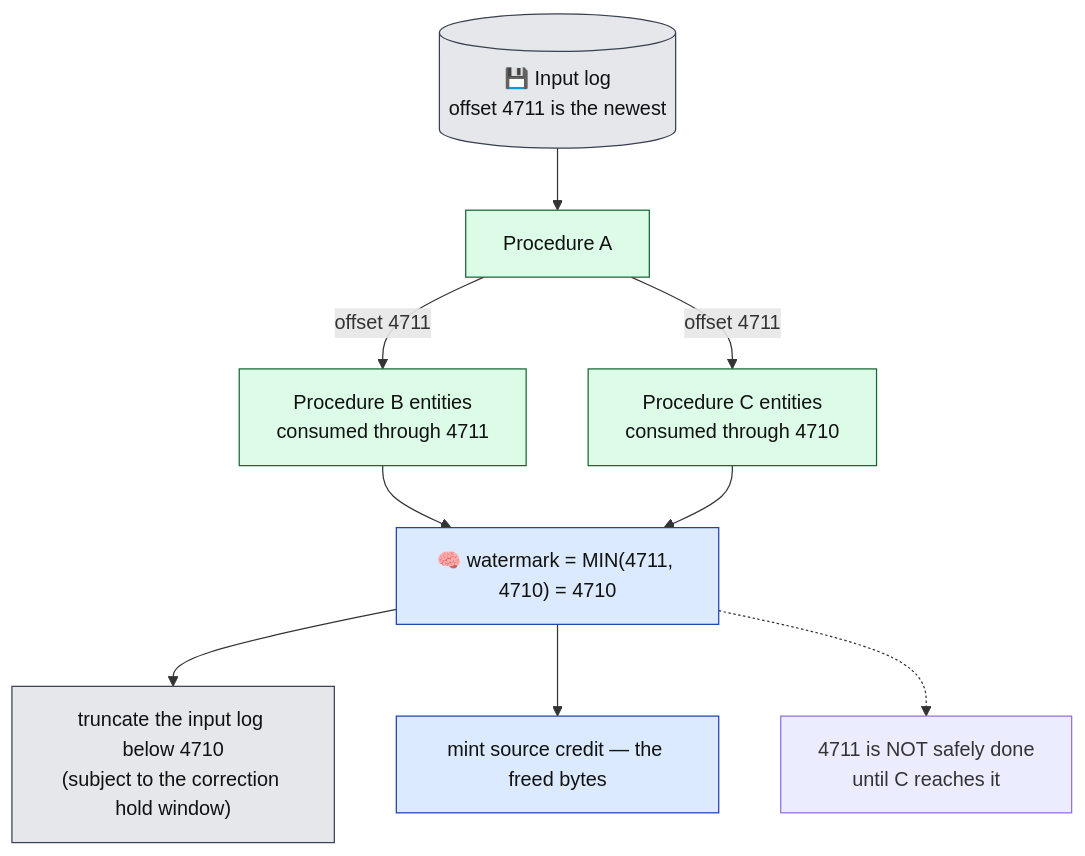
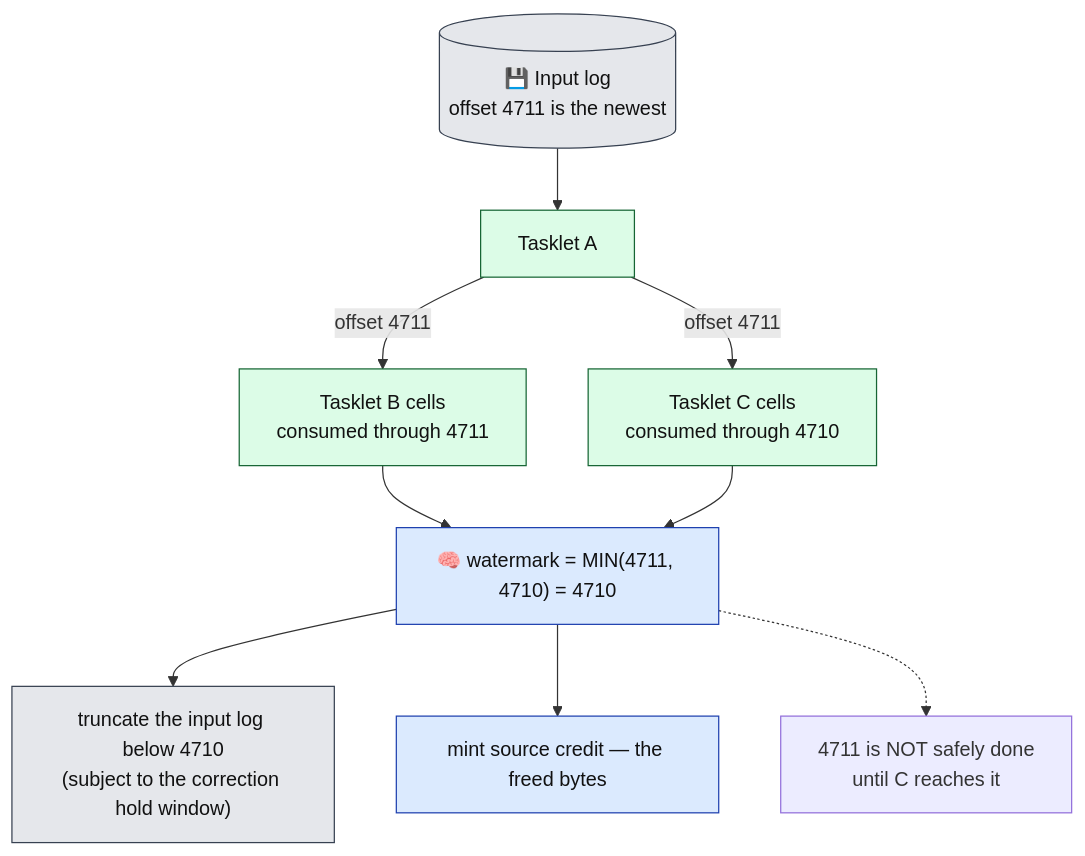
The sixth of 17 diagrams in docs/architecture/kernel.md (Flezha/flezha), drawn with Mermaid before and after one commit. The commit also changed other lines of this file and 604 other files, not shown here.

First line of the commit message:
Rename Procedure to Tasklet and Entity to Cell

````diff
--- a/docs/architecture/kernel.md
+++ b/docs/architecture/kernel.md
@@ -279,24 +279,24 @@
 ```mermaid
 flowchart TB
     IN[("💾 Input log<br/>offset 4711 is the newest")]:::store
-    A["Procedure A"]:::exec
-    B["Procedure B entities<br/>consumed through 4711"]:::exec
-    C["Procedure C entities<br/>consumed through 4710"]:::exec
+    A["Tasklet A"]:::exec
+    B["Tasklet B cells<br/>consumed through 4711"]:::exec
+    C["Tasklet C cells<br/>consumed through 4710"]:::exec
     WM["🧠 watermark = MIN(4711, 4710) = 4710"]:::ctrl
     RET["truncate the input log below 4710<br/>(subject to the correction hold window)"]:::store
     CRED["mint source credit — the freed bytes"]:::ctrl
     NOTE["4711 is NOT safely done<br/>until C reaches it"]
 
     IN --> A
     A -->|"offset 4711"| B
     A -->|"offset 4711"| C
     B --> WM
     C --> WM
     WM --> RET
     WM --> CRED
     WM -.-> NOTE
 
     classDef ctrl fill:#dbeafe,stroke:#1e40af,color:#111
     classDef exec fill:#dcfce7,stroke:#166534,color:#111
     classDef store fill:#e5e7eb,stroke:#374151,color:#111
 ```
````
